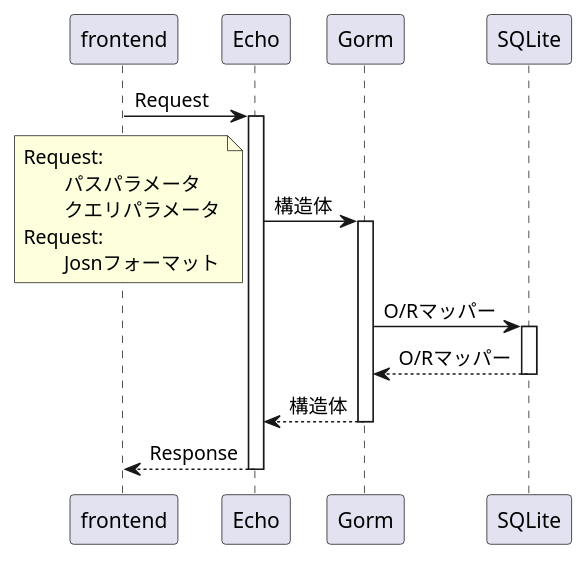
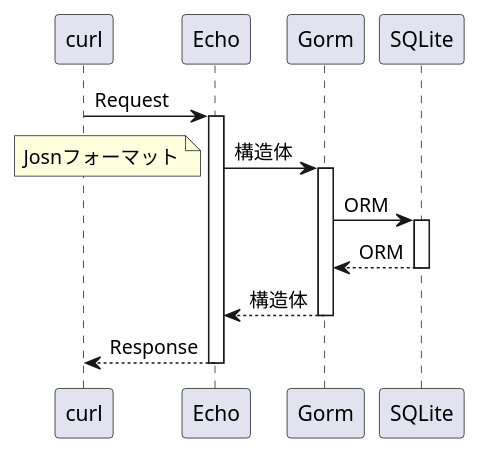
Before and after one commit to nobukunisyota/convert_audio_to_context: the diagram in doc/sequence.pu, drawn with PlantUML.

Commit message:
Update uml

```diff
--- a/doc/sequence.pu
+++ b/doc/sequence.pu
@@ -1,29 +1,25 @@
 @startuml
 ' 変数定義
-Participant frontend as FE
+Participant curl as FE
 Participant Echo as BE
 Participant Gorm as OR
 Participant SQLite as DB
 
 ' シーケンス
 FE -> BE : Request
 activate BE
     BE -> OR : 構造体
     note left
-    Request:
-    \tパスパラメータ
-    \tクエリパラメータ
-    Request:
-    \tJosnフォーマット
+    Josnフォーマット
     end note
     activate OR
-        OR -> DB : O/Rマッパー
+        OR -> DB : ORM
         activate DB
-        DB --> OR : O/Rマッパー
+        DB --> OR : ORM
         deactivate DB
     OR --> BE : 構造体
     deactivate OR
 BE --> FE : Response
 deactivate BE
 
 @enduml
```
